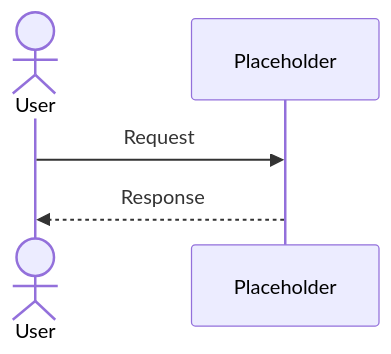
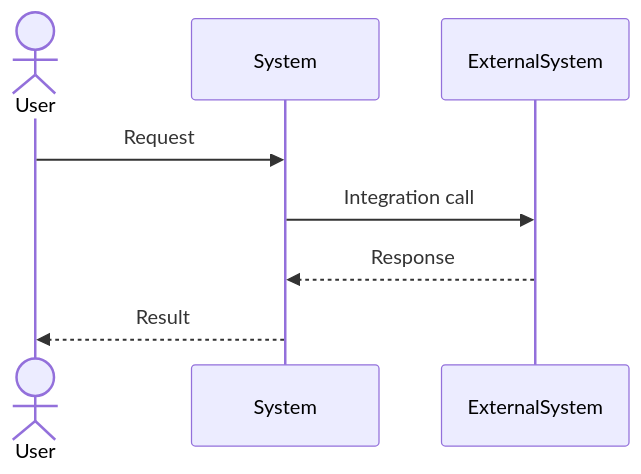
The diagram in architecture/views/integration-view.md (aufstandeq/AI-Document-Strategy), drawn with Mermaid before and after one commit. The commit also changed other lines of this file, not shown here.

Commit message:
Strengthen integration view template

````diff
--- a/architecture/views/integration-view.md
+++ b/architecture/views/integration-view.md
@@ -40,7 +65,10 @@
 ```mermaid
 sequenceDiagram
- actor User
- participant Placeholder
- User->>Placeholder: Request
- Placeholder-->>User: Response
+    actor User
+    participant System
+    participant ExternalSystem
+    User->>System: Request
+    System->>ExternalSystem: Integration call
+    ExternalSystem-->>System: Response
+    System-->>User: Result
 ```
````
